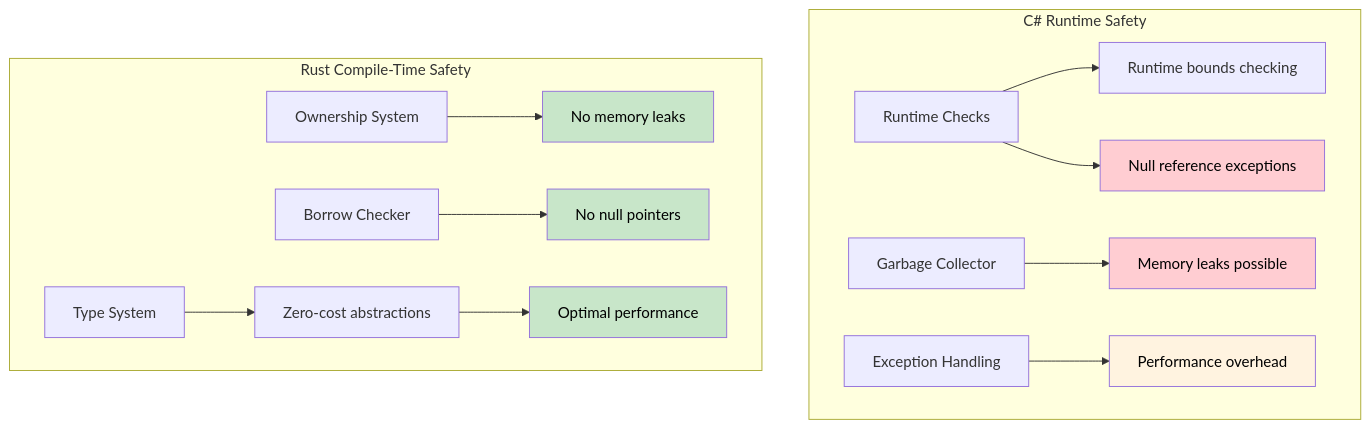
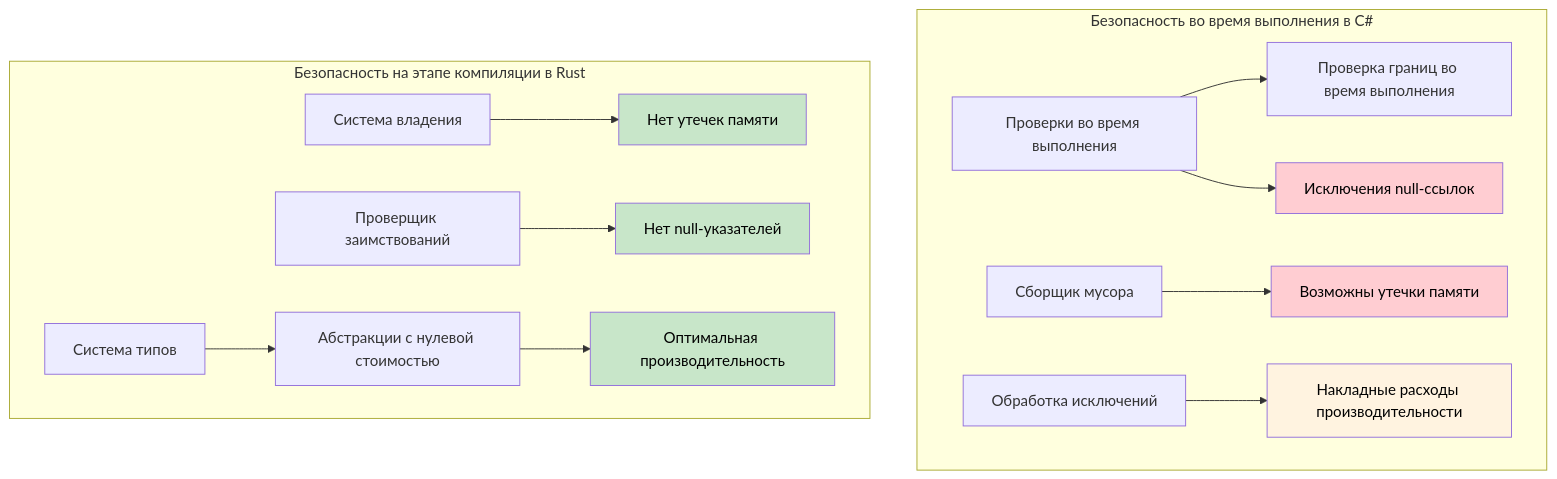
One commit to r007/RustTraining-Rus changed the diagram in csharp-book/src/ch07-1-memory-safety-deep-dive.md. Above: the diagram before and after it, drawn with Mermaid. The commit also changed other lines of this file and 13 other files, not shown here.

````diff
--- a/csharp-book/src/ch07-1-memory-safety-deep-dive.md
+++ b/csharp-book/src/ch07-1-memory-safety-deep-dive.md
@@ -191,39 +192,39 @@
 ```mermaid
 graph TD
-    subgraph "C# Runtime Safety"
-        CS_RUNTIME["Runtime Checks"]
-        CS_GC["Garbage Collector"]
-        CS_EXCEPTIONS["Exception Handling"]
-        CS_BOUNDS["Runtime bounds checking"]
-        CS_NULL["Null reference exceptions"]
-        CS_LEAKS["Memory leaks possible"]
-        CS_OVERHEAD["Performance overhead"]
+    subgraph "Безопасность во время выполнения в C#"
+        CS_RUNTIME["Проверки во время выполнения"]
+        CS_GC["Сборщик мусора"]
+        CS_EXCEPTIONS["Обработка исключений"]
+        CS_BOUNDS["Проверка границ во время выполнения"]
+        CS_NULL["Исключения null-ссылок"]
+        CS_LEAKS["Возможны утечки памяти"]
+        CS_OVERHEAD["Накладные расходы производительности"]
         
         CS_RUNTIME --> CS_BOUNDS
         CS_RUNTIME --> CS_NULL
         CS_GC --> CS_LEAKS
         CS_EXCEPTIONS --> CS_OVERHEAD
     end
     
-    subgraph "Rust Compile-Time Safety"
-        RUST_OWNERSHIP["Ownership System"]
-        RUST_BORROWING["Borrow Checker"]
-        RUST_TYPES["Type System"]
-        RUST_ZERO_COST["Zero-cost abstractions"]
-        RUST_NO_NULL["No null pointers"]
-        RUST_NO_LEAKS["No memory leaks"]
-        RUST_FAST["Optimal performance"]
+    subgraph "Безопасность на этапе компиляции в Rust"
+        RUST_OWNERSHIP["Система владения"]
+        RUST_BORROWING["Проверщик заимствований"]
+        RUST_TYPES["Система типов"]
+        RUST_ZERO_COST["Абстракции с нулевой стоимостью"]
+        RUST_NO_NULL["Нет null-указателей"]
+        RUST_NO_LEAKS["Нет утечек памяти"]
+        RUST_FAST["Оптимальная производительность"]
         
         RUST_OWNERSHIP --> RUST_NO_LEAKS
         RUST_BORROWING --> RUST_NO_NULL
         RUST_TYPES --> RUST_ZERO_COST
         RUST_ZERO_COST --> RUST_FAST
     end
     
     style CS_NULL fill:#ffcdd2,color:#000
     style CS_LEAKS fill:#ffcdd2,color:#000
     style CS_OVERHEAD fill:#fff3e0,color:#000
     style RUST_NO_NULL fill:#c8e6c9,color:#000
     style RUST_NO_LEAKS fill:#c8e6c9,color:#000
     style RUST_FAST fill:#c8e6c9,color:#000
 ```
````
